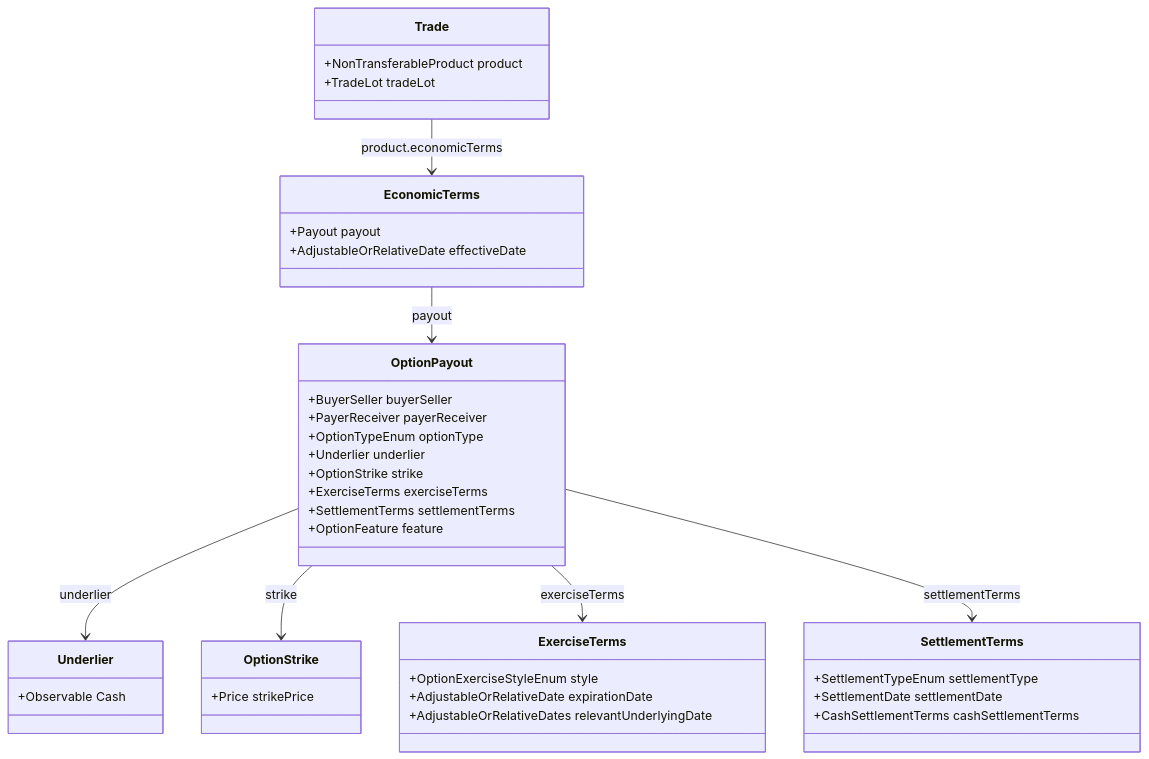
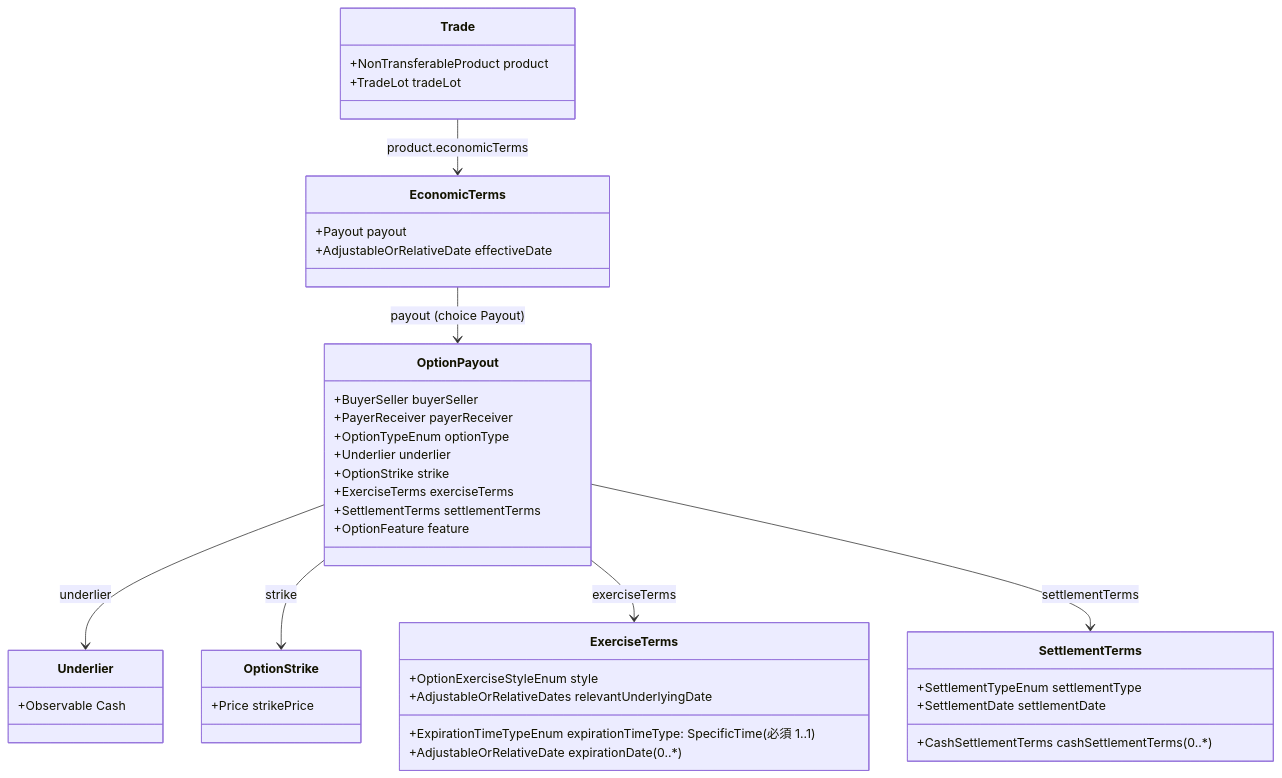
The fifth of 15 diagrams in cdm_wiki/concepts/fx_products_and_synthetic_forward.md (matsuuramasakazu/my_cdm_wiki), drawn with Mermaid before and after one commit. The commit also changed other lines of this file and 2 other files, not shown here.

````diff
--- a/cdm_wiki/concepts/fx_products_and_synthetic_forward.md
+++ b/cdm_wiki/concepts/fx_products_and_synthetic_forward.md
@@ -355,43 +375,44 @@
 ```mermaid
 classDiagram
     class Trade {
         +NonTransferableProduct product
         +TradeLot tradeLot
     }
     class EconomicTerms {
         +Payout payout
         +AdjustableOrRelativeDate effectiveDate
     }
     class OptionPayout {
         +BuyerSeller buyerSeller
         +PayerReceiver payerReceiver
         +OptionTypeEnum optionType
         +Underlier underlier
         +OptionStrike strike
         +ExerciseTerms exerciseTerms
         +SettlementTerms settlementTerms
         +OptionFeature feature
     }
     class Underlier {
         +Observable Cash
     }
     class OptionStrike {
         +Price strikePrice
     }
     class ExerciseTerms {
         +OptionExerciseStyleEnum style
-        +AdjustableOrRelativeDate expirationDate
+        +ExpirationTimeTypeEnum expirationTimeType: SpecificTime (必須 1..1)
+        +AdjustableOrRelativeDate expirationDate (0..*)
         +AdjustableOrRelativeDates relevantUnderlyingDate
     }
     class SettlementTerms {
         +SettlementTypeEnum settlementType
         +SettlementDate settlementDate
-        +CashSettlementTerms cashSettlementTerms
+        +CashSettlementTerms cashSettlementTerms (0..*)
     }
     Trade --> EconomicTerms : product.economicTerms
-    EconomicTerms --> OptionPayout : payout
+    EconomicTerms --> OptionPayout : payout (choice Payout)
     OptionPayout --> Underlier : underlier
     OptionPayout --> OptionStrike : strike
     OptionPayout --> ExerciseTerms : exerciseTerms
     OptionPayout --> SettlementTerms : settlementTerms
 ```
````
